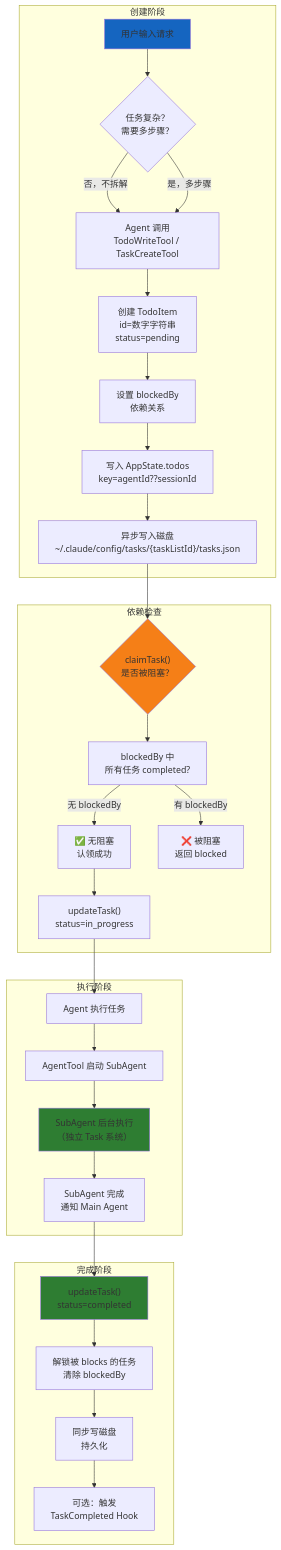
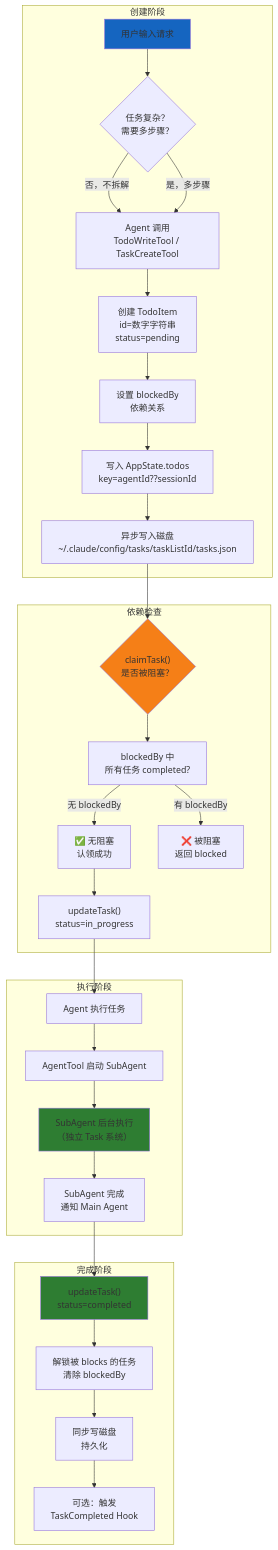
Diagram 12 of 16 in claude-code/docs/deep/TASK-SYSTEM.md (platootalp/harness-code), drawn with Mermaid before and after one commit. The commit also changed other lines of this file and 58 other files, not shown here.

````diff
--- a/claude-code/docs/deep/TASK-SYSTEM.md
+++ b/claude-code/docs/deep/TASK-SYSTEM.md
@@ -1011,60 +1011,60 @@
 ```mermaid
 flowchart TD
     subgraph 创建阶段
         A1["用户输入请求"]
         A2{"任务复杂？\n需要多步骤？"}
         A3["Agent 调用\nTodoWriteTool / TaskCreateTool"]
         A4["创建 TodoItem\nid=数字字符串\nstatus=pending"]
         A5["设置 blockedBy\n依赖关系"]
         A6["写入 AppState.todos\nkey=agentId??sessionId"]
-        A7["异步写入磁盘\n~/.claude/config/tasks/{taskListId}/tasks.json"]
+        A7["异步写入磁盘\n~/.claude/config/tasks/taskListId/tasks.json"]
     end
 
     subgraph 依赖检查
         B1{"claimTask()\n是否被阻塞？"}
         B2["blockedBy 中\n所有任务 completed?"]
         B3["✅ 无阻塞\n认领成功"]
         B4["❌ 被阻塞\n返回 blocked"]
         B5["updateTask()\nstatus=in_progress"]
     end
 
     subgraph 执行阶段
         C1["Agent 执行任务"]
         C2["AgentTool 启动 SubAgent"]
         C3["SubAgent 后台执行\n（独立 Task 系统）"]
         C4["SubAgent 完成\n通知 Main Agent"]
     end
 
     subgraph 完成阶段
         D1["updateTask()\nstatus=completed"]
         D2["解锁被 blocks 的任务\n清除 blockedBy"]
         D3["同步写磁盘\n持久化"]
         D4["可选：触发\nTaskCompleted Hook"]
     end
 
     A1 --> A2
     A2 -->|"否，不拆解"| A3
     A2 -->|"是，多步骤"| A3
     A3 --> A4
     A4 --> A5
     A5 --> A6
     A6 --> A7
     A7 --> B1
     B1 --> B2
     B2 -->|"无 blockedBy"| B3
     B2 -->|"有 blockedBy"| B4
     B3 --> B5
     B5 --> C1
     C1 --> C2
     C2 --> C3
     C3 --> C4
     C4 --> D1
     D1 --> D2
     D2 --> D3
     D3 --> D4
 
     style A1 fill:#1565c0
     style B1 fill:#f57f17
     style C3 fill:#2e7d32
     style D1 fill:#2e7d32
 ```
````
